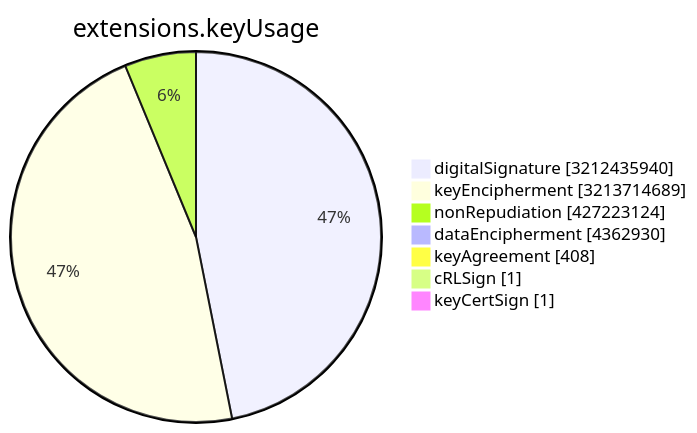
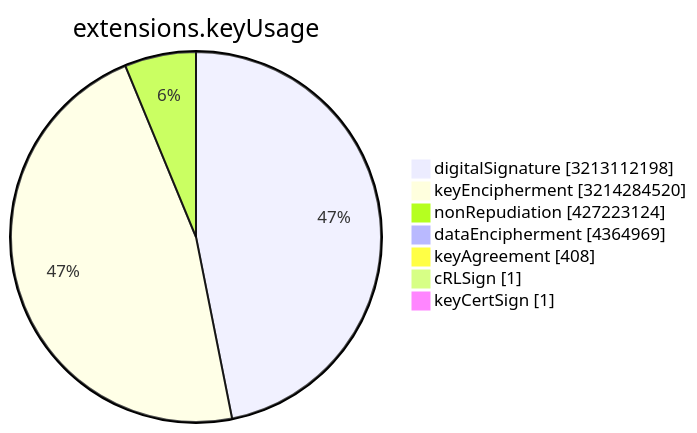
The sixth of 15 diagrams in TOTAL/README.md (christiankrug/ctmonitor_visualization), drawn with Mermaid before and after one commit. The commit also changed other lines of this file, not shown here.

````diff
--- a/TOTAL/README.md
+++ b/TOTAL/README.md
@@ -3077,11 +3077,11 @@
 ```mermaid
 pie showData
 title extensions.keyUsage
-"digitalSignature" :3212435940
-"keyEncipherment" :3213714689
+"digitalSignature" :3213112198
+"keyEncipherment" :3214284520
 "nonRepudiation" :427223124
-"dataEncipherment" :4362930
+"dataEncipherment" :4364969
 "keyAgreement" :408
 "cRLSign" :1
 "keyCertSign" :1
 ```
````
